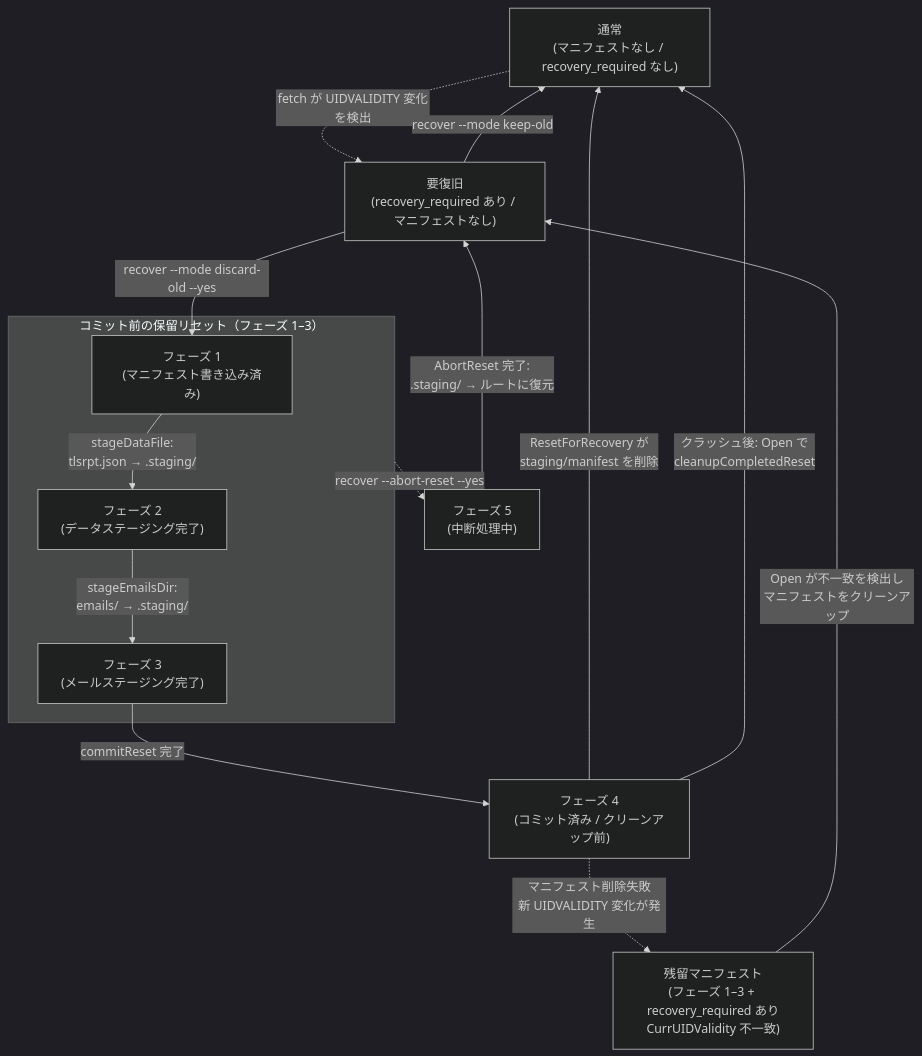
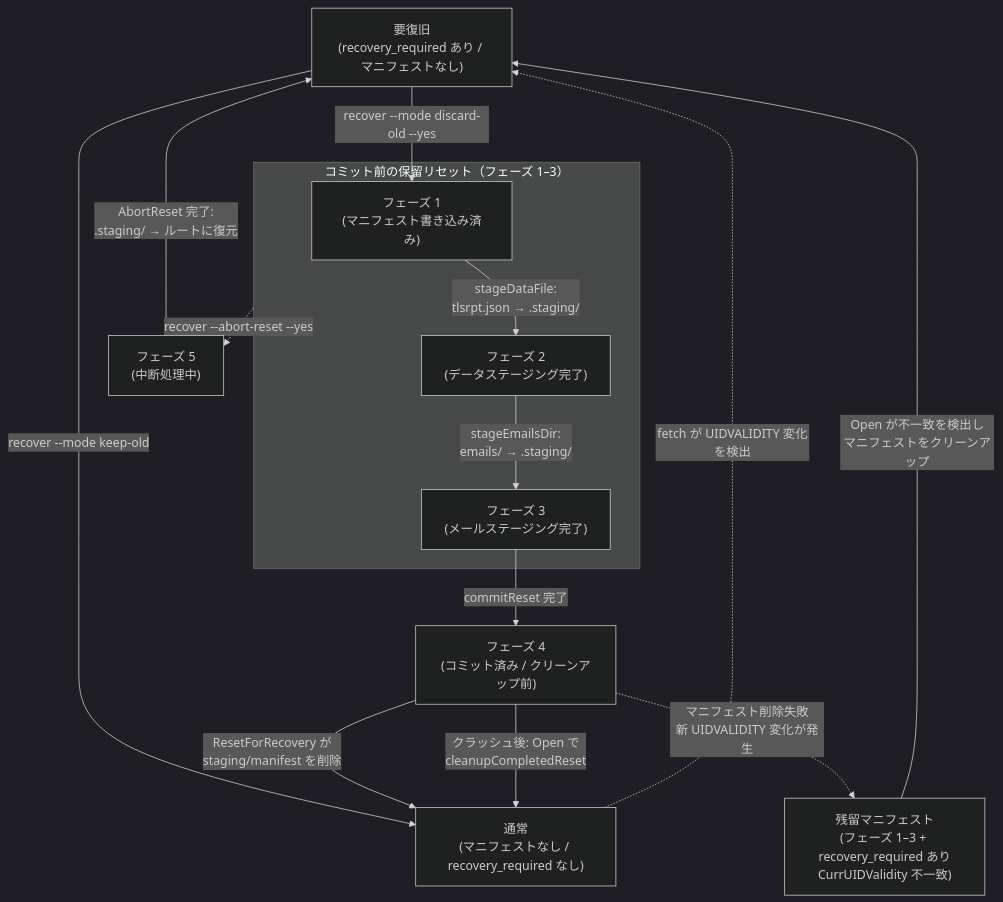
Before and after one commit to isseis/tlsrpt-digest: the diagram in docs/dev/adr/0003_reset_phase_design.ja.md, drawn with Mermaid (dark theme).

Commit message:
docs(adr): reorder state diagram nodes to reduce arrow crossings
Put 要復旧 at the top and 通常 at the bottom by:
- Declaring RR first and its outgoing edges first
- Declaring Normal last and Normal→RR (exceptional path) last

This makes the main recovery flow descend top→bottom
(RR → phases 1-3 → phase 4 → Normal) and keeps only
exceptional edges (UIDVALIDITY change, abort, stale-manifest
cleanup) going upward, reducing visual crossings.

````diff
--- a/docs/dev/adr/0003_reset_phase_design.ja.md
+++ b/docs/dev/adr/0003_reset_phase_design.ja.md
@@ -89,27 +89,28 @@
 ```mermaid
 flowchart TD
-    Normal["通常<br>(マニフェストなし / recovery_required なし)"]
     RR["要復旧<br>(recovery_required あり / マニフェストなし)"]
-    P4["フェーズ 4<br>(コミット済み / クリーンアップ前)"]
     P5["フェーズ 5<br>(中断処理中)"]
-    StaleM["残留マニフェスト<br>(フェーズ 1–3 + recovery_required あり<br>CurrUIDValidity 不一致)"]
 
     subgraph PendingReset["コミット前の保留リセット（フェーズ 1–3）"]
         P1["フェーズ 1<br>(マニフェスト書き込み済み)"]
         P2["フェーズ 2<br>(データステージング完了)"]
         P3["フェーズ 3<br>(メールステージング完了)"]
     end
 
-    Normal -.->|"fetch が UIDVALIDITY 変化を検出"| RR
+    P4["フェーズ 4<br>(コミット済み / クリーンアップ前)"]
+    StaleM["残留マニフェスト<br>(フェーズ 1–3 + recovery_required あり<br>CurrUIDValidity 不一致)"]
+    Normal["通常<br>(マニフェストなし / recovery_required なし)"]
+
     RR -->|"recover --mode keep-old"| Normal
     RR -->|"recover --mode discard-old --yes"| P1
     P1 -->|"stageDataFile:<br>tlsrpt.json → .staging/"| P2
     P2 -->|"stageEmailsDir:<br>emails/ → .staging/"| P3
     P3 -->|"commitReset 完了"| P4
     P4 -.->|"マニフェスト削除失敗<br>新 UIDVALIDITY 変化が発生"| StaleM
     P4 -->|"ResetForRecovery が<br>staging/manifest を削除"| Normal
     P4 -->|"クラッシュ後: Open で<br>cleanupCompletedReset"| Normal
     StaleM -->|"Open が不一致を検出し<br>マニフェストをクリーンアップ"| RR
     PendingReset -.->|"recover --abort-reset --yes"| P5
     P5 -->|"AbortReset 完了:<br>.staging/ → ルートに復元"| RR
+    Normal -.->|"fetch が UIDVALIDITY 変化を検出"| RR
 ```
````
